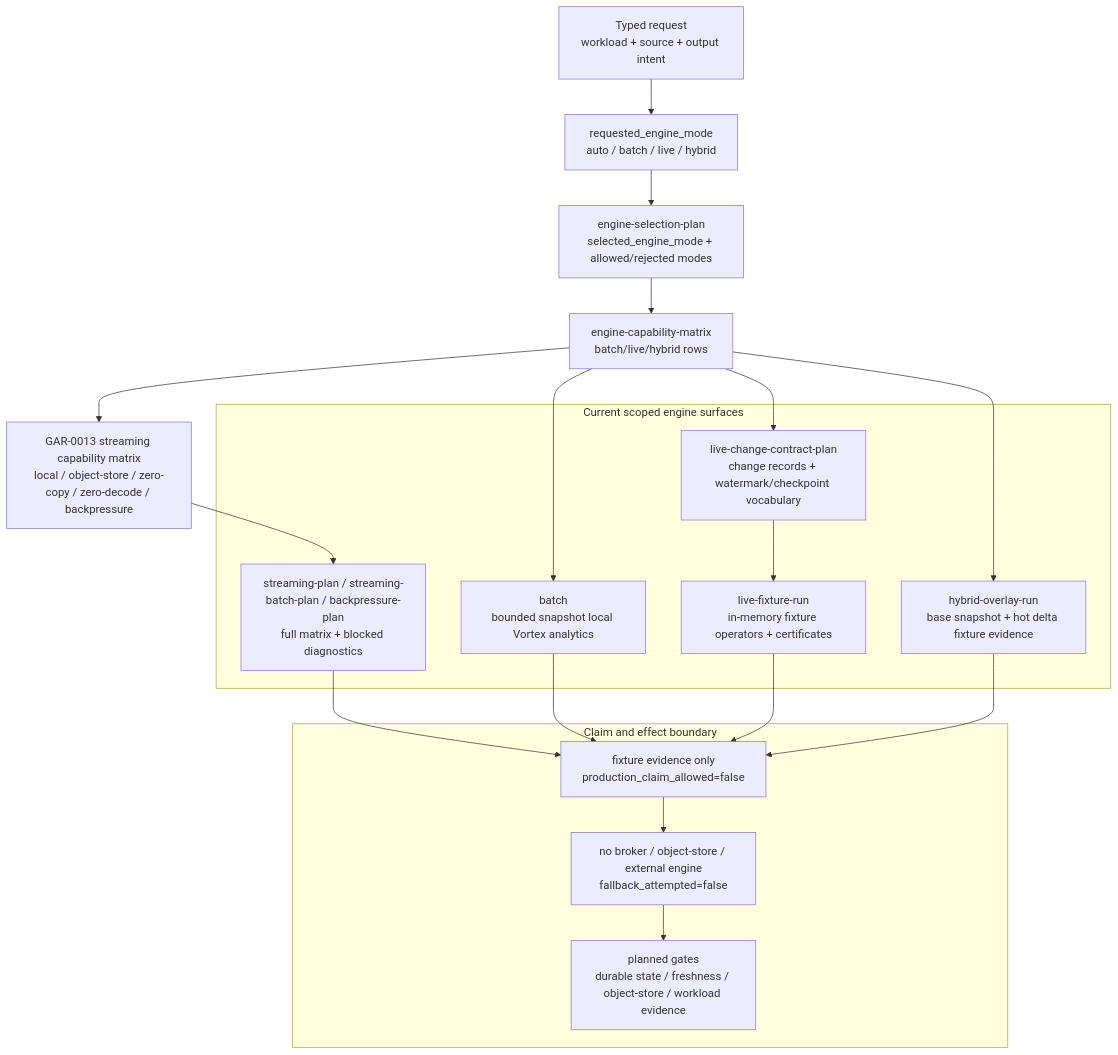
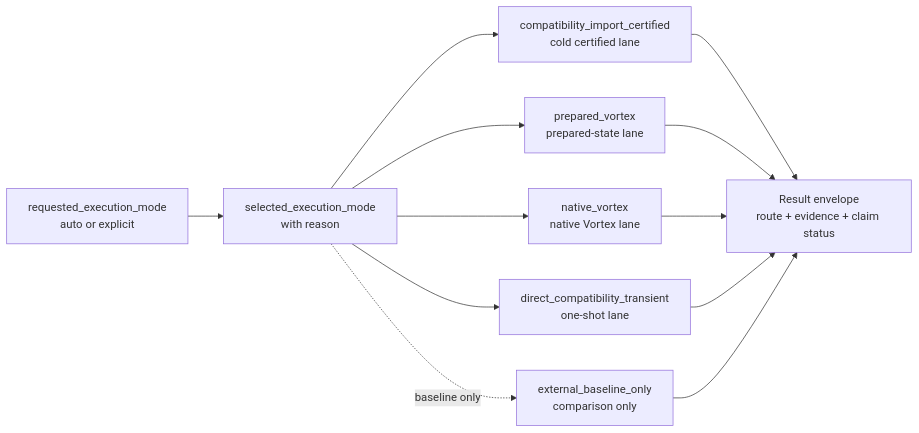
The fourth of 8 diagrams in website/assets/data/compute-engine-flow-reference.md (depsilon/shardloom), drawn with Mermaid before and after one commit. The commit also changed other lines of this file and 14 other files, not shown here.

Commit message:
Split release gates and clarify compute flow (#1141)

````diff
--- a/website/assets/data/compute-engine-flow-reference.md
+++ b/website/assets/data/compute-engine-flow-reference.md
@@ -721,33 +477,18 @@
 ```mermaid
-flowchart TD
-    REQUEST["Typed request<br/>workload + source + output intent"]
-    ENGINE_REQUEST["requested_engine_mode<br/>auto / batch / live / hybrid"]
-    ENGINE_SELECTION["engine-selection-plan<br/>selected_engine_mode + allowed/rejected modes"]
-    MATRIX["engine-capability-matrix<br/>batch/live/hybrid rows"]
-    STREAM_MATRIX["GAR-0013 streaming capability matrix<br/>local / object-store / zero-copy / zero-decode / backpressure"]
+flowchart LR
+    REQUEST["requested_execution_mode<br/>auto or explicit"]
+    SELECT["selected_execution_mode<br/>with reason"]
+    COMPAT["compatibility_import_certified<br/>cold certified lane"]
+    PREPARED["prepared_vortex<br/>prepared-state lane"]
+    NATIVE["native_vortex<br/>native Vortex lane"]
+    DIRECT["direct_compatibility_transient<br/>one-shot lane"]
+    BASELINE["external_baseline_only<br/>comparison only"]
+    RESULT["Result envelope<br/>route + evidence + claim status"]
 
-    subgraph CURRENT["Current scoped engine surfaces"]
-        BATCH["batch<br/>bounded snapshot local Vortex analytics"]
-        LIVE_CONTRACT["live-change-contract-plan<br/>change records + watermark/checkpoint vocabulary"]
-        LIVE_FIXTURE["live-fixture-run<br/>in-memory fixture operators + certificates"]
-        HYBRID_FIXTURE["hybrid-overlay-run<br/>base snapshot + hot delta fixture evidence"]
-        STREAM_REPORTS["streaming-plan / streaming-batch-plan / backpressure-plan<br/>full matrix + blocked diagnostics"]
-    end
-
-    subgraph CLAIM_BOUNDARY["Claim and effect boundary"]
-        FIXTURE_CLAIM["fixture evidence only<br/>production_claim_allowed=false"]
-        NO_EFFECTS["no broker / object-store / external engine<br/>fallback_attempted=false"]
-        PLANNED_GATES["planned gates<br/>durable state / freshness / object-store / workload evidence"]
-    end
-
-    REQUEST --> ENGINE_REQUEST --> ENGINE_SELECTION --> MATRIX
-    MATRIX --> STREAM_MATRIX --> STREAM_REPORTS
-    MATRIX --> BATCH
-    MATRIX --> LIVE_CONTRACT --> LIVE_FIXTURE
-    MATRIX --> HYBRID_FIXTURE
-    STREAM_REPORTS --> FIXTURE_CLAIM
-    BATCH --> FIXTURE_CLAIM
-    LIVE_FIXTURE --> FIXTURE_CLAIM
-    HYBRID_FIXTURE --> FIXTURE_CLAIM
-    FIXTURE_CLAIM --> NO_EFFECTS --> PLANNED_GATES
+    REQUEST --> SELECT
+    SELECT --> COMPAT --> RESULT
+    SELECT --> PREPARED --> RESULT
+    SELECT --> NATIVE --> RESULT
+    SELECT --> DIRECT --> RESULT
+    SELECT -. baseline only .-> BASELINE --> RESULT
 ```
````
